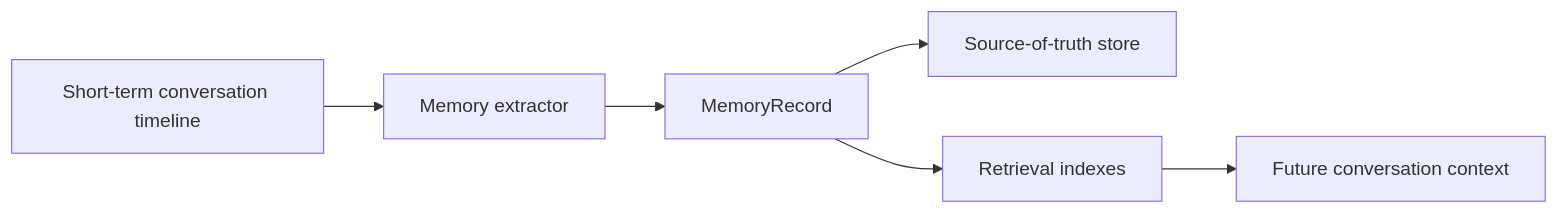
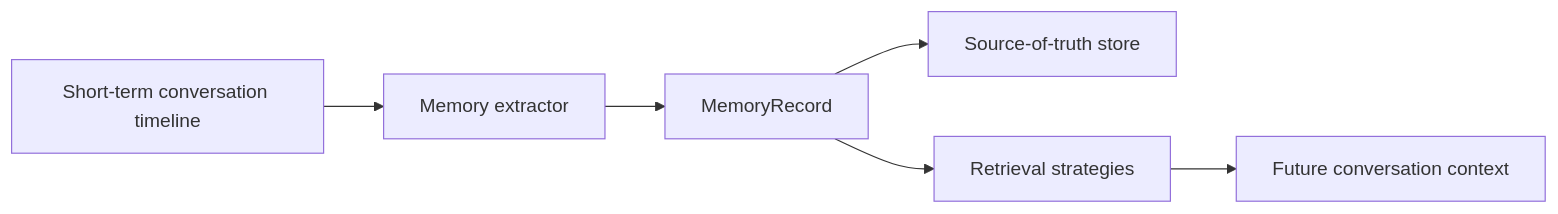
One commit to hluchetu/llm-memory-from-scratch- changed the fourth of 4 diagrams in docs/long-term-memory.md. Above: the diagram before and after it, drawn with Mermaid. The commit also changed other lines of this file and 10 other files, not shown here.

Commit message:
Refactor long-term memory architecture

````diff
--- a/docs/long-term-memory.md
+++ b/docs/long-term-memory.md
@@ -648,8 +667,8 @@
 ```mermaid
 flowchart LR
     ShortTerm["Short-term conversation timeline"] --> Extractor["Memory extractor"]
     Extractor --> Record["MemoryRecord"]
     Record --> Store["Source-of-truth store"]
-    Record --> Index["Retrieval indexes"]
-    Index --> Future["Future conversation context"]
+    Record --> Retriever["Retrieval strategies"]
+    Retriever --> Future["Future conversation context"]
 ```
````
